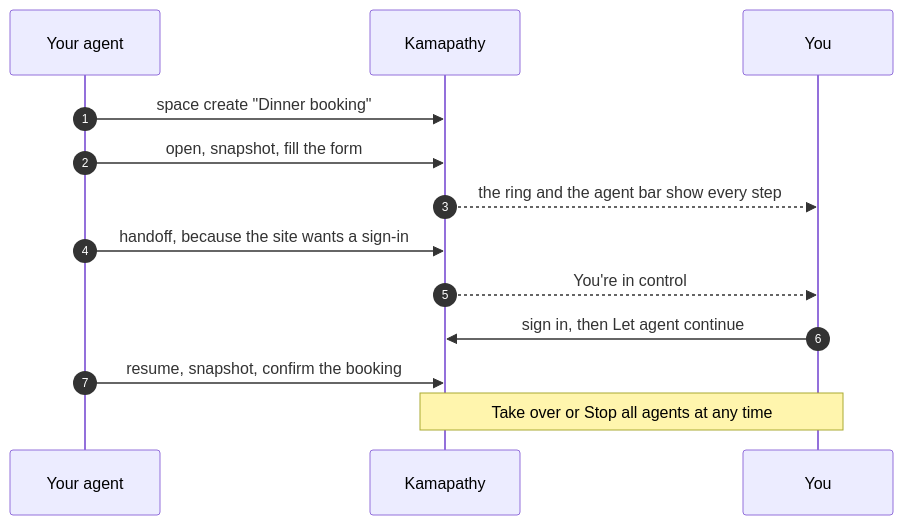
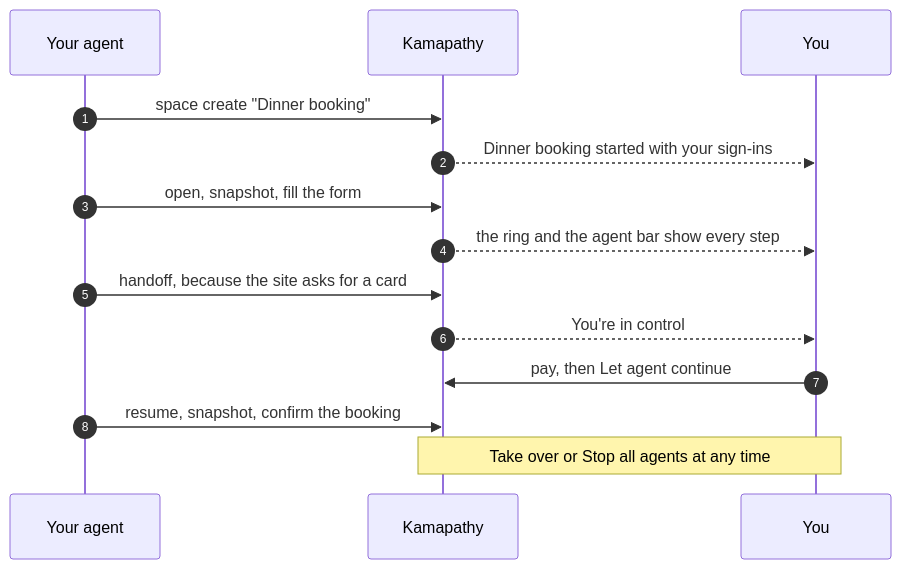
Before and after one commit to shayanmohd/grove-browser: the diagram in README.md, drawn with Mermaid. The commit also changed other lines of this file and 7 other files, not shown here.

````diff
--- a/README.md
+++ b/README.md
@@ -138,15 +185,16 @@
 ```mermaid
 sequenceDiagram
     autonumber
     participant A as Your agent
     participant K as Kamapathy
     participant Y as You
     A->>K: space create "Dinner booking"
+    K-->>Y: Dinner booking started with your sign-ins
     A->>K: open, snapshot, fill the form
     K-->>Y: the ring and the agent bar show every step
-    A->>K: handoff, because the site wants a sign-in
+    A->>K: handoff, because the site asks for a card
     K-->>Y: You're in control
-    Y->>K: sign in, then Let agent continue
+    Y->>K: pay, then Let agent continue
     A->>K: resume, snapshot, confirm the booking
     Note over Y,K: Take over or Stop all agents at any time
 ```
````
